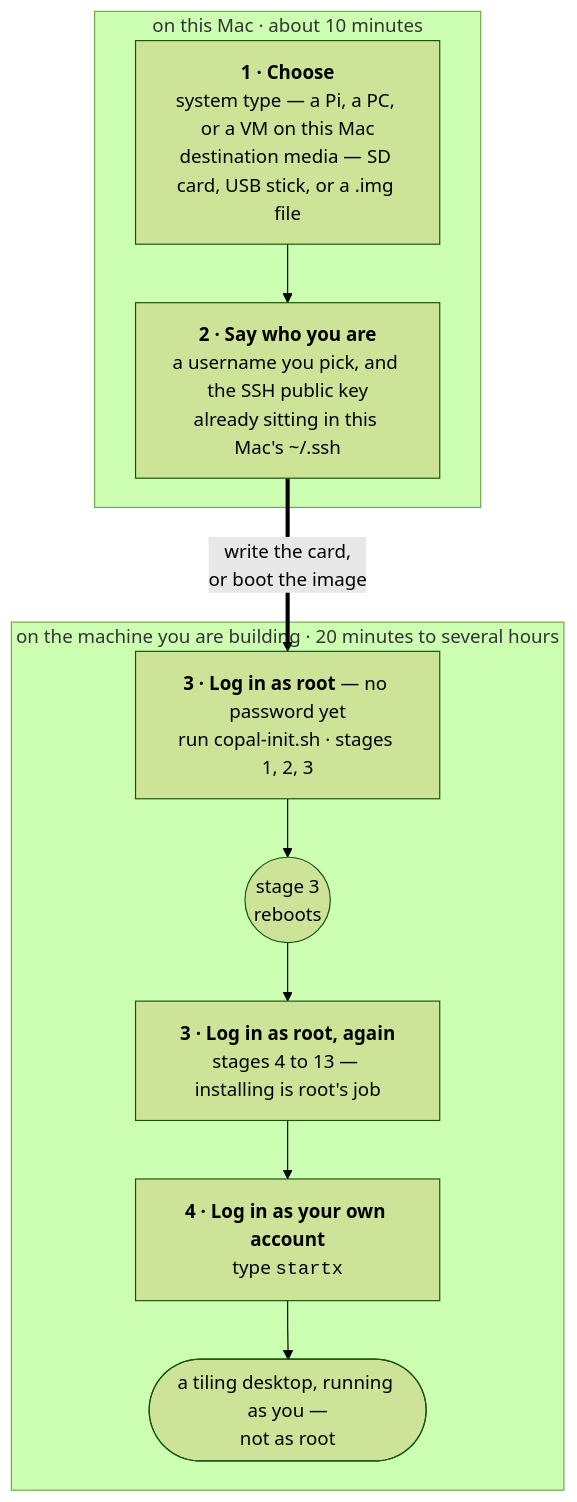
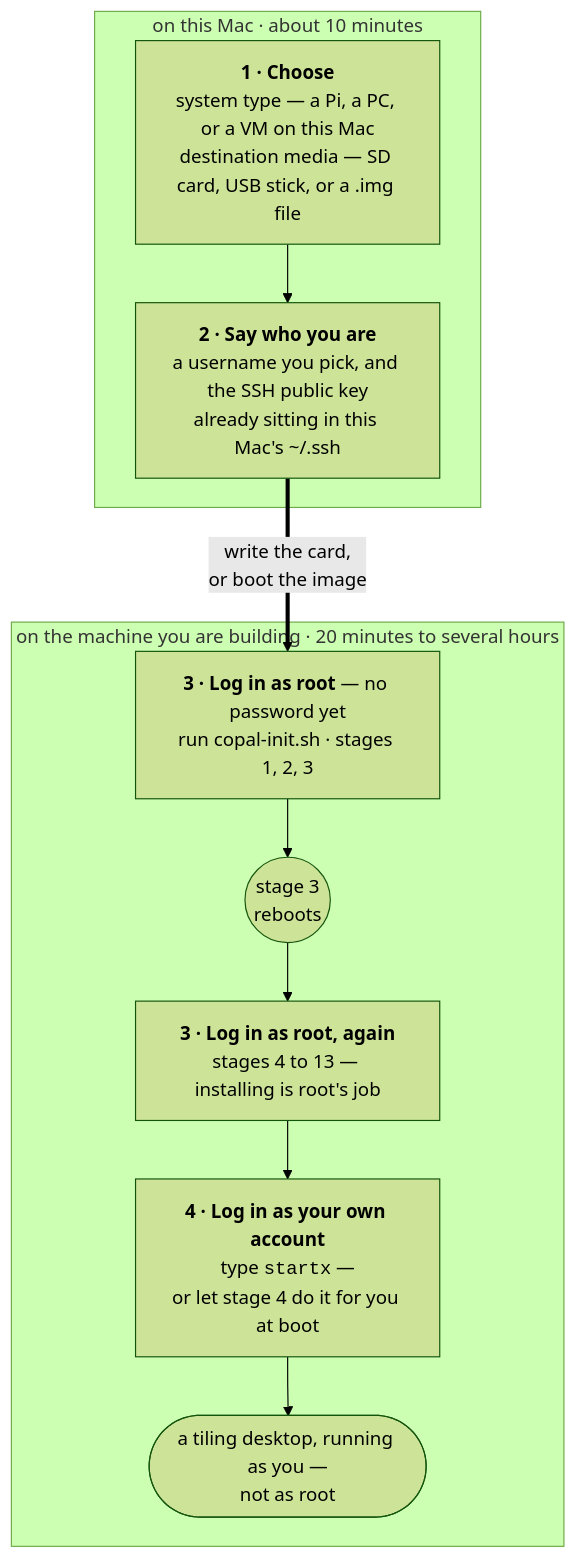
Before and after one commit to vonglurt/COPAL: the first of 4 diagrams in README.md, drawn with Mermaid (forest theme). The commit also changed other lines of this file and 1 other file, not shown here.

First line of the commit message:
Start the desktop at boot, and reboot when the install is done

````diff
--- a/README.md
+++ b/README.md
@@ -38,17 +38,17 @@
 ```mermaid
 flowchart TD
     subgraph M["on this Mac · about 10 minutes"]
         A["<b>1 · Choose</b><br/>system type — a Pi, a PC, or a VM on this Mac<br/>destination media — SD card, USB stick, or a .img file"]
         B["<b>2 · Say who you are</b><br/>a username you pick, and the SSH public key<br/>already sitting in this Mac's ~/.ssh"]
         A --> B
     end
     subgraph T["on the machine you are building · 20 minutes to several hours"]
         C["<b>3 · Log in as root</b> — no password yet<br/>run copal-init.sh · stages 1, 2, 3"]
         D(("stage 3<br/>reboots"))
         E["<b>3 · Log in as root, again</b><br/>stages 4 to 13 — installing is root's job"]
-        F["<b>4 · Log in as your own account</b><br/>type <code>startx</code>"]
+        F["<b>4 · Log in as your own account</b><br/>type <code>startx</code> —<br/>or let stage 4 do it for you at boot"]
         G(["a tiling desktop, running as you —<br/>not as root"])
         C --> D --> E --> F --> G
     end
     B ==>|"write the card,<br/>or boot the image"| C
 ```
````
